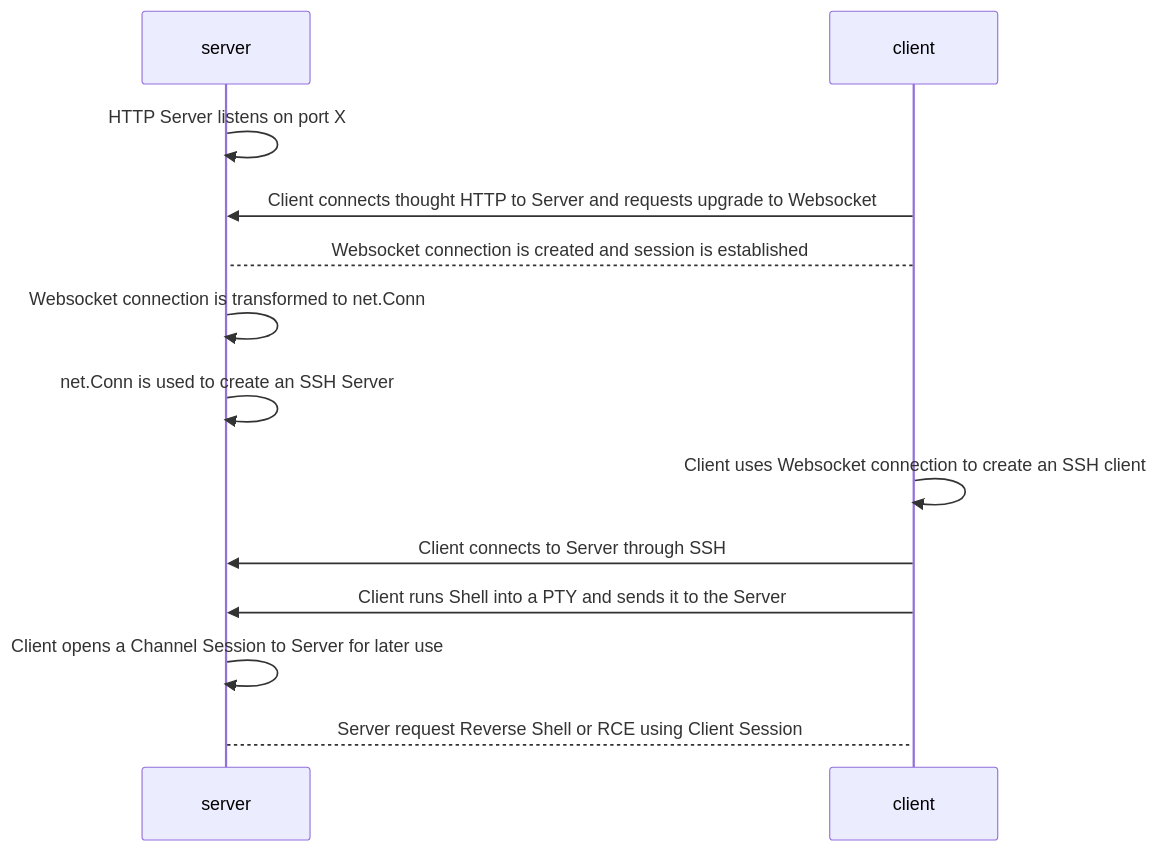
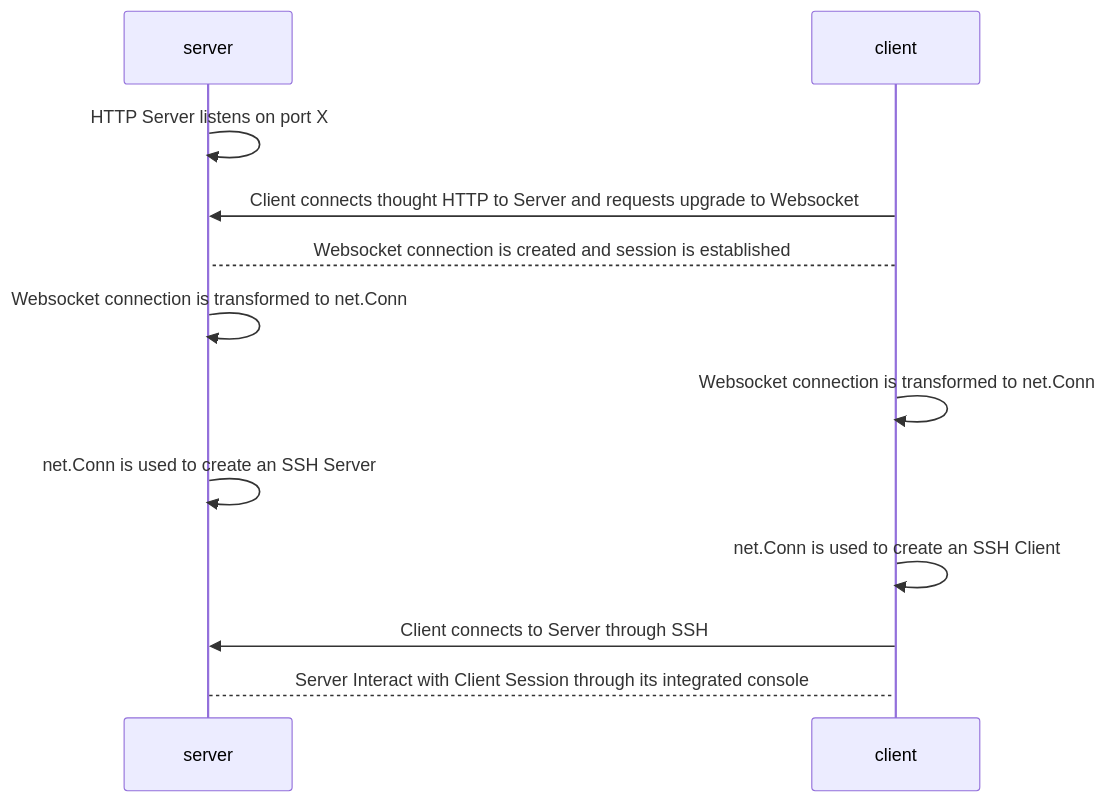
The diagram in README.md (rurreac/slider), drawn with Mermaid before and after one commit. The commit also changed other lines of this file, not shown here.

````diff
--- a/README.md
+++ b/README.md
@@ -15,15 +29,14 @@
 ```mermaid
 sequenceDiagram
     participant server
     participant client
-    server ->> server: HTTP Server listens on port X 
+    server ->> server: HTTP Server listens on port X
     client ->> server: Client connects thought HTTP to Server and requests upgrade to Websocket
     client --> server: Websocket connection is created and session is established
     server ->> server: Websocket connection is transformed to net.Conn
+    client ->> client: Websocket connection is transformed to net.Conn
     server ->> server: net.Conn is used to create an SSH Server
-    client ->> client: Client uses Websocket connection to create an SSH client
+    client ->> client: net.Conn is used to create an SSH Client
     client ->> server: Client connects to Server through SSH
-    client ->> server: Client runs Shell into a PTY and sends it to the Server
-    server ->> server: Client opens a Channel Session to Server for later use
-    server --> client: Server request Reverse Shell or RCE using Client Session
+    server --> client: Server Interact with Client Session through its integrated console
 ```
````
